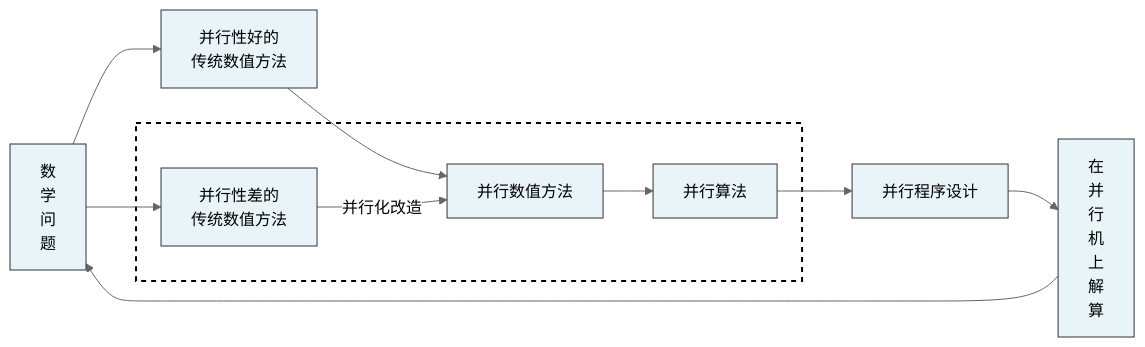
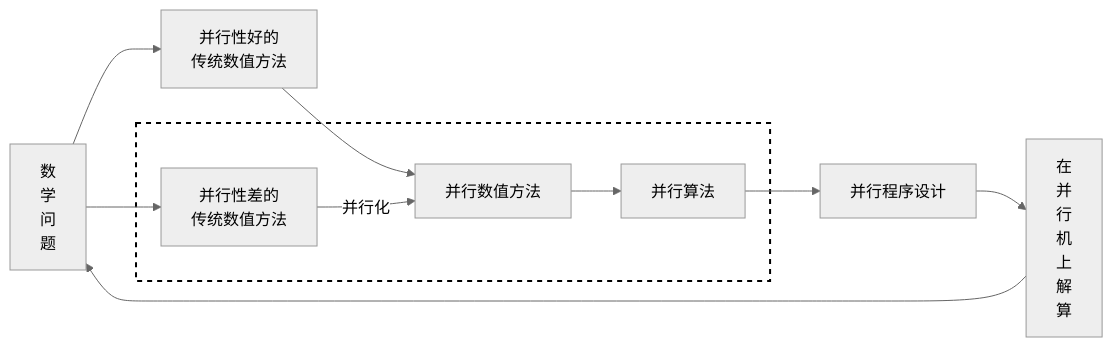
One commit to EtherealKasumi/personalpage changed the fourth of 4 diagrams in notes/scientific_parallel_computing/02_parallel_algorithm_1.md. Above: the diagram before and after it, drawn with Mermaid (neutral theme). The commit also changed other lines of this file, not shown here.

````diff
--- a/notes/scientific_parallel_computing/02_parallel_algorithm_1.md
+++ b/notes/scientific_parallel_computing/02_parallel_algorithm_1.md
@@ -220,29 +220,31 @@
 ```mermaid
 flowchart LR
-    A["数<br>学<br>问<br>题"]
-    B["并行性好的<br>传统数值方法"]
-    C["并行性差的<br>传统数值方法"]
-    D["并行数值方法"]
-    E["并行算法"]
-    F["并行程序设计"]
-    G["在<br>并<br>行<br>机<br>上<br>解<br>算"]
+    
+    A["数<br>学<br>问<br>题"]:::box
+    B["并行性好的<br>传统数值方法"]:::box
+    
+    %% 定义虚线框分组
+    subgraph Core[" "]
+        D["并行数值方法"]:::box
+        C["并行性差的<br>传统数值方法"]:::box
+        E["并行算法"]:::box
+    end
+    
+    F["并行程序设计"]:::box
+    G["在<br>并<br>行<br>机<br>上<br>解<br>算"]:::box
 
+    %% 建立逻辑连线
     A --> B
     A --> C
     B --> D
-    C -- "并行化改造" --> D
+    C -- "并行化" --> D
     D --> E
     E --> F
     F --> G
+    
+    %% 最下方返回起点的长箭头
     G --> A
-
-    subgraph Core [" "]
-        D
-        C
-        E
-    end
-
-    style Core fill:none,stroke:#000,stroke-width:2px,stroke-dasharray:5 5
-    classDef box fill:#e8f4f8,stroke:#333,stroke-width:1px
-    class A,B,C,D,E,F,G box
+    
+    %% 设置虚线框的具体样式
+    style Core fill:none,stroke:#000,stroke-width:2px,stroke-dasharray: 5 5
 ```
````
